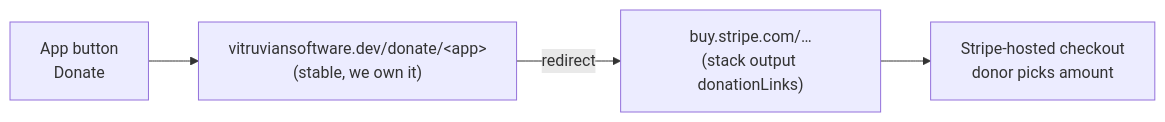
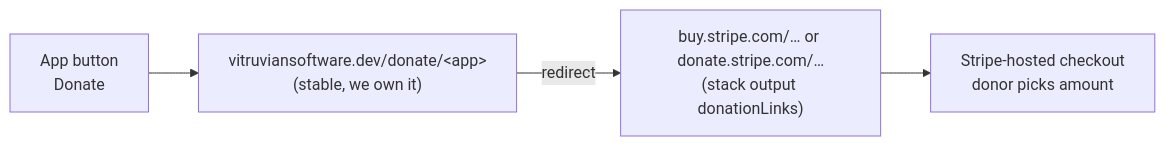
The fourth of 5 diagrams in infrastructure/pulumi/platform/stripe/README.md (VitruvianSoftware/vitruvian-core), drawn with Mermaid before and after one commit. The commit also changed 1 other file, not shown here.

Commit message:
fix(site): donate page forwards to donate.stripe.com links, never test ones
Stripe serves Payment Links whose submit type is "donate" from
donate.stripe.com, not buy.stripe.com. The sandbox apply made one there,
so the page would have kept showing "donations open soon" once the live
link went into _data/donations.yml. It now accepts either host, and
refuses any test_ link, which it used to forward.

````diff
--- a/infrastructure/pulumi/platform/stripe/README.md
+++ b/infrastructure/pulumi/platform/stripe/README.md
@@ -165,6 +165,6 @@
 ```mermaid
 flowchart LR
   A["App button<br/>Donate"] --> R["vitruviansoftware.dev/donate/&lt;app&gt;<br/>(stable, we own it)"]
-  R -->|redirect| S["buy.stripe.com/…<br/>(stack output donationLinks)"]
+  R -->|redirect| S["buy.stripe.com/… or donate.stripe.com/…<br/>(stack output donationLinks)"]
   S --> T["Stripe-hosted checkout<br/>donor picks amount"]
 ```
````
